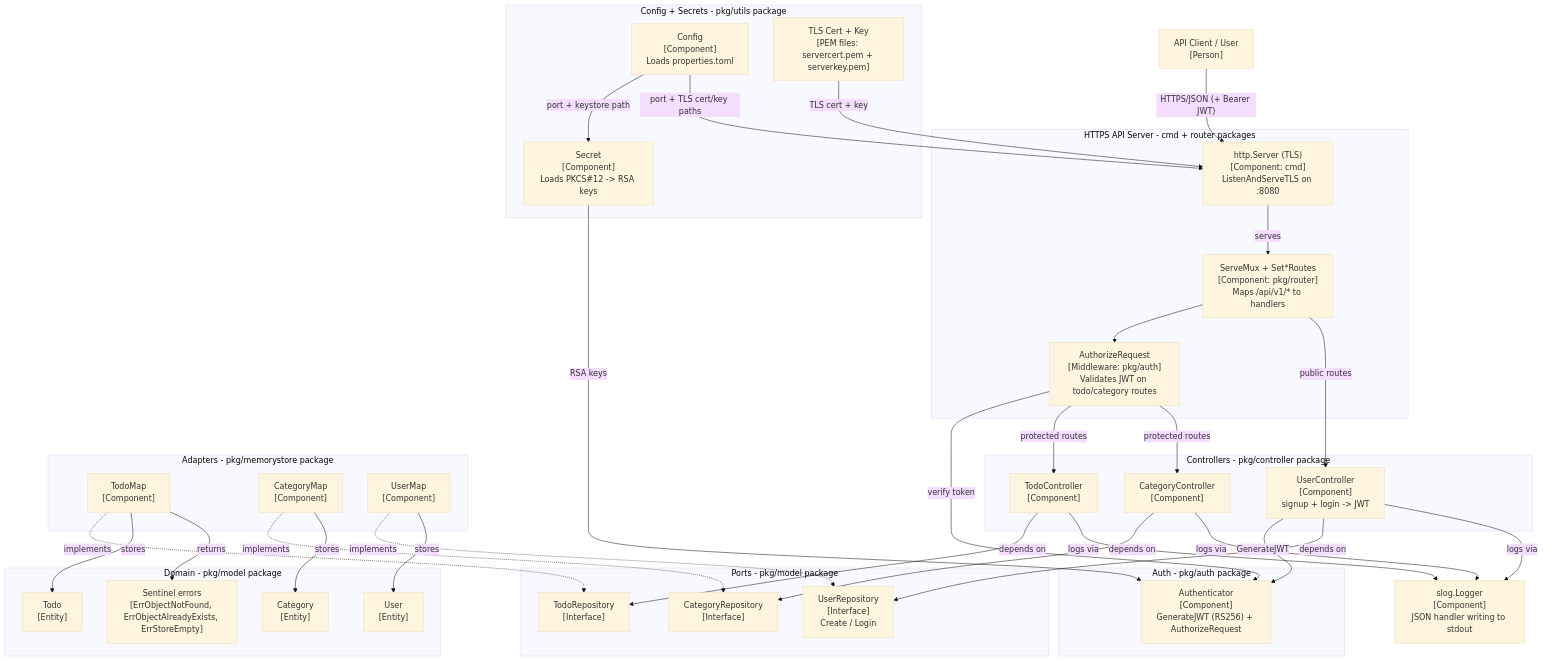
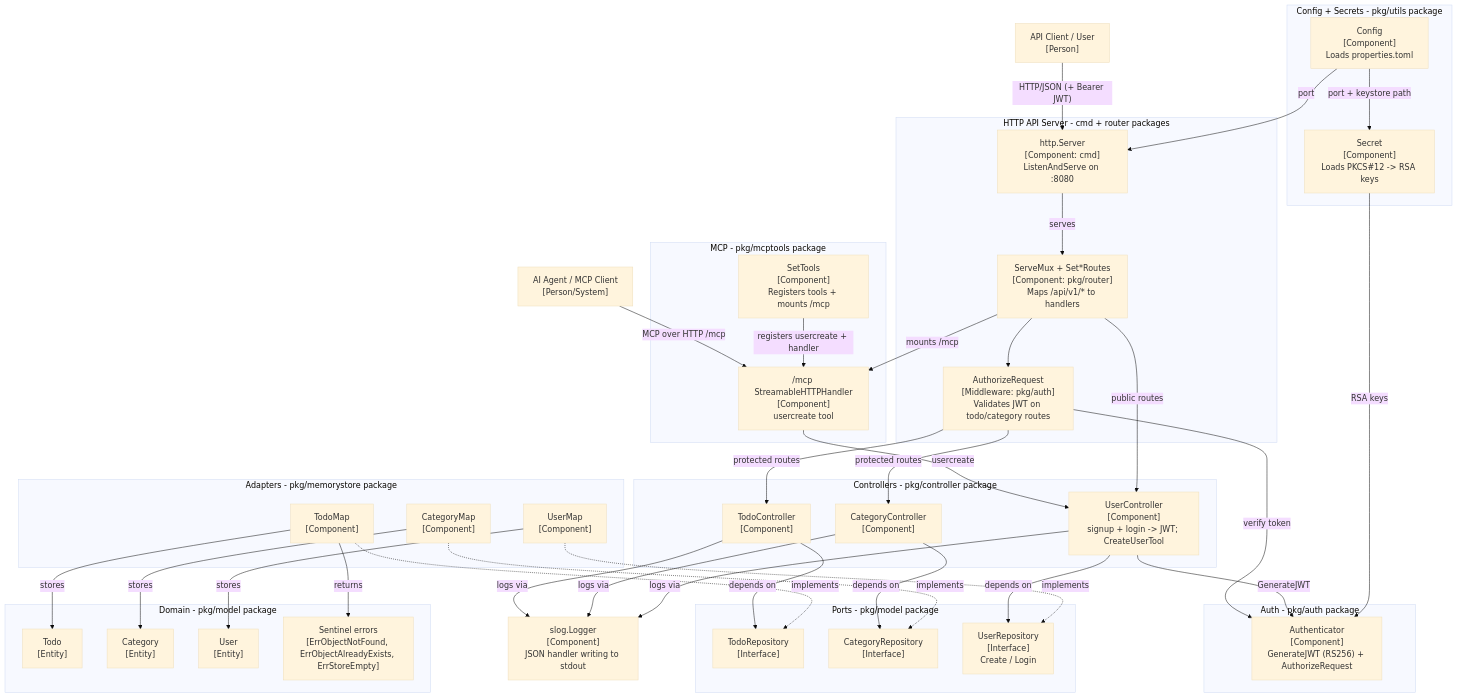
Before and after one commit to rahulkrishnanfs/todolist: the third of 3 diagrams in README.md, drawn with Mermaid (base theme). The commit also changed other lines of this file and 7 other files, not shown here.

First line of the commit message:
feat(mcp): add MCP server with usercreate tool (#67)

````diff
--- a/README.md
+++ b/README.md
@@ -229,11 +284,17 @@
 ```mermaid
 flowchart TD
     user["API Client / User<br/>[Person]"]
+    agent["AI Agent / MCP Client<br/>[Person/System]"]
 
-    subgraph server [HTTPS API Server - cmd + router packages]
-        tlssrv["http.Server (TLS)<br/>[Component: cmd]<br/>ListenAndServeTLS on :8080"]
+    subgraph server [HTTP API Server - cmd + router packages]
+        httpsrv["http.Server<br/>[Component: cmd]<br/>ListenAndServe on :8080"]
         mux["ServeMux + Set*Routes<br/>[Component: pkg/router]<br/>Maps /api/v1/* to handlers"]
         mw["AuthorizeRequest<br/>[Middleware: pkg/auth]<br/>Validates JWT on todo/category routes"]
+    end
+
+    subgraph mcppkg [MCP - pkg/mcptools package]
+        setTools["SetTools<br/>[Component]<br/>Registers tools + mounts /mcp"]
+        mcpHandler["/mcp StreamableHTTPHandler<br/>[Component]<br/>usercreate tool"]
     end
 
     subgraph authpkg [Auth - pkg/auth package]
@@ -243,7 +304,7 @@
     subgraph handlers [Controllers - pkg/controller package]
         todoCtrl["TodoController<br/>[Component]"]
         catCtrl["CategoryController<br/>[Component]"]
-        userCtrl["UserController<br/>[Component]<br/>signup + login -> JWT"]
+        userCtrl["UserController<br/>[Component]<br/>signup + login -> JWT; CreateUserTool"]
     end
 
     subgraph ports [Ports - pkg/model package]
@@ -261,7 +322,6 @@
     subgraph cfgpkg [Config + Secrets - pkg/utils package]
         cfg["Config<br/>[Component]<br/>Loads properties.toml"]
         secret["Secret<br/>[Component]<br/>Loads PKCS#12 -> RSA keys"]
-        tlsfiles["TLS Cert + Key<br/>[PEM files: servercert.pem + serverkey.pem]"]
     end
 
     subgraph domain [Domain - pkg/model package]
@@ -273,9 +333,13 @@
 
     logger["slog.Logger<br/>[Component]<br/>JSON handler writing to stdout"]
 
-    user -->|"HTTPS/JSON (+ Bearer JWT)"| tlssrv
-    tlssrv -->|"serves"| mux
+    user -->|"HTTP/JSON (+ Bearer JWT)"| httpsrv
+    agent -->|"MCP over HTTP /mcp"| mcpHandler
+    httpsrv -->|"serves"| mux
     mux --> mw
+    mux -->|"mounts /mcp"| mcpHandler
+    setTools -->|"registers usercreate + handler"| mcpHandler
+    mcpHandler -->|"usercreate"| userCtrl
     mw -->|"verify token"| authr
     mw -->|"protected routes"| todoCtrl
     mw -->|"protected routes"| catCtrl
@@ -292,8 +356,7 @@
 
     secret -->|"RSA keys"| authr
     cfg -->|"port + keystore path"| secret
-    cfg -->|"port + TLS cert/key paths"| tlssrv
-    tlsfiles -->|"TLS cert + key"| tlssrv
+    cfg -->|"port"| httpsrv
 
     todoMap -->|"stores"| todoModel
     catMap -->|"stores"| catModel
````
